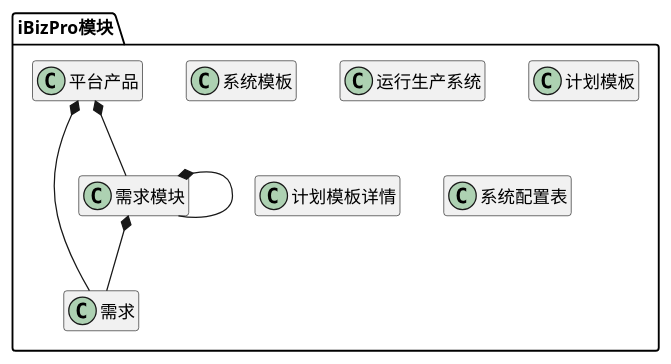
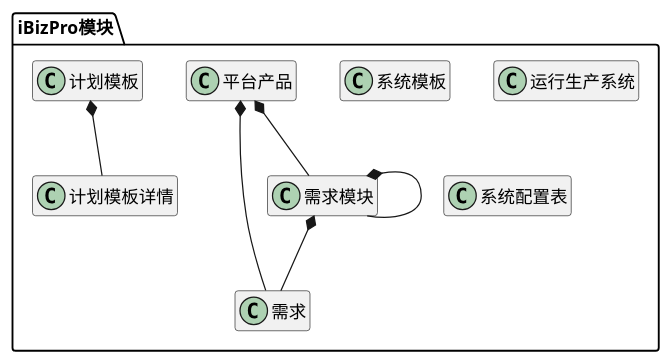
The diagram in ibizpms-docs/src/main/doc/v1/module/ibizpro.md (zj335841911/nt_chandao), drawn with PlantUML before and after one commit. The commit also changed 22 other files, not shown here.

```diff
--- a/ibizpms-docs/src/main/doc/v1/module/ibizpro.md
+++ b/ibizpms-docs/src/main/doc/v1/module/ibizpro.md
@@ -6,47 +6,50 @@
 {% plantuml %}
 
 package iBizPro模块 {
 
 class 平台产品 {
 }
 
 class 需求 {
 }
 
 class 需求模块 {
 }
 
 class 系统模板 {
 }
 
 class 运行生产系统 {
 }
 
 class 计划模板 {
 }
 
 class 计划模板详情 {
 }
 
 class 系统配置表 {
 }
 
 
 平台产品 *-- 需求模块 
 
 
 需求模块 *-- 需求模块 
 
 
 平台产品 *-- 需求 
 
 
 需求模块 *-- 需求 
 
 
+计划模板 *-- 计划模板详情 
+
+
 
 }
 
 hide members
 
 {% endplantuml %}
```
